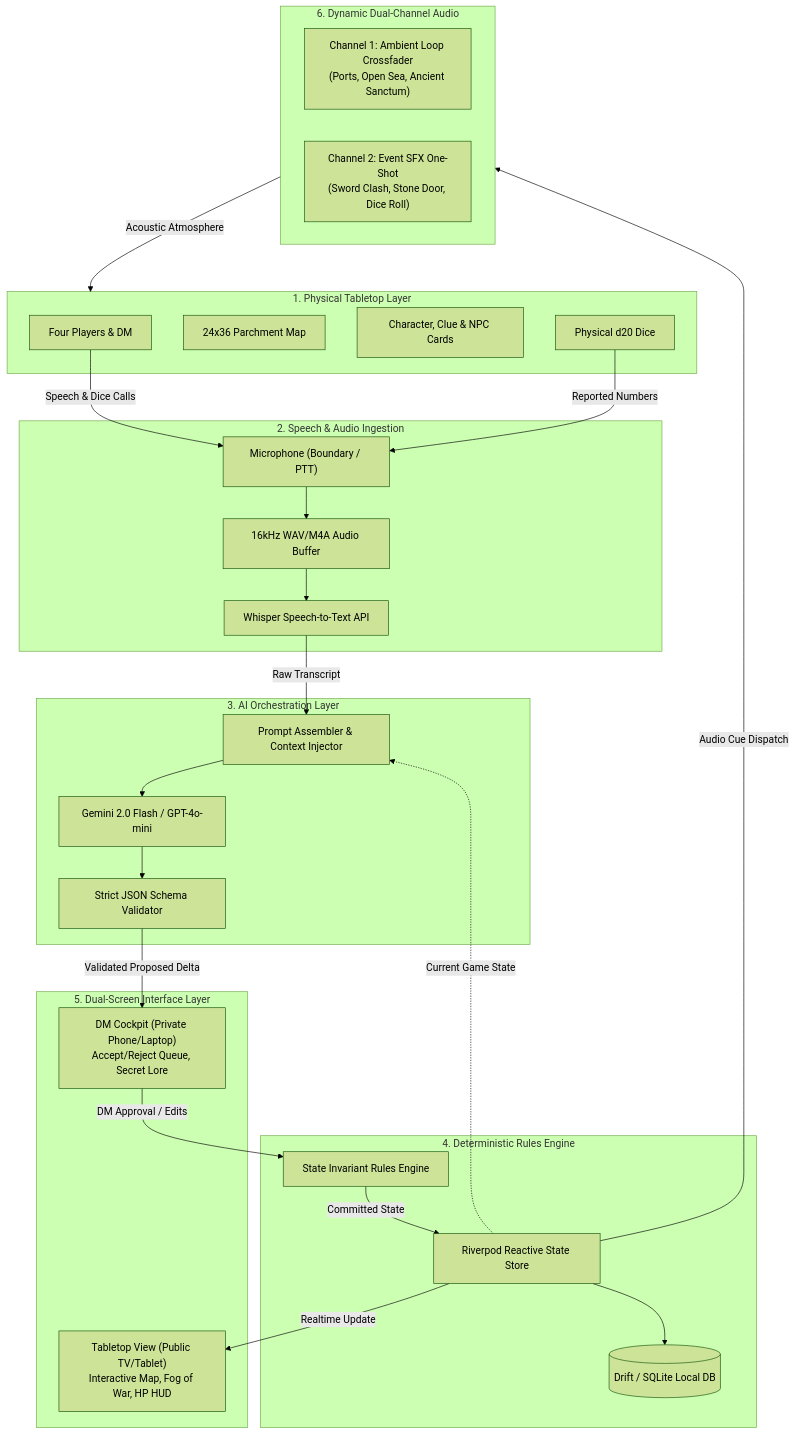
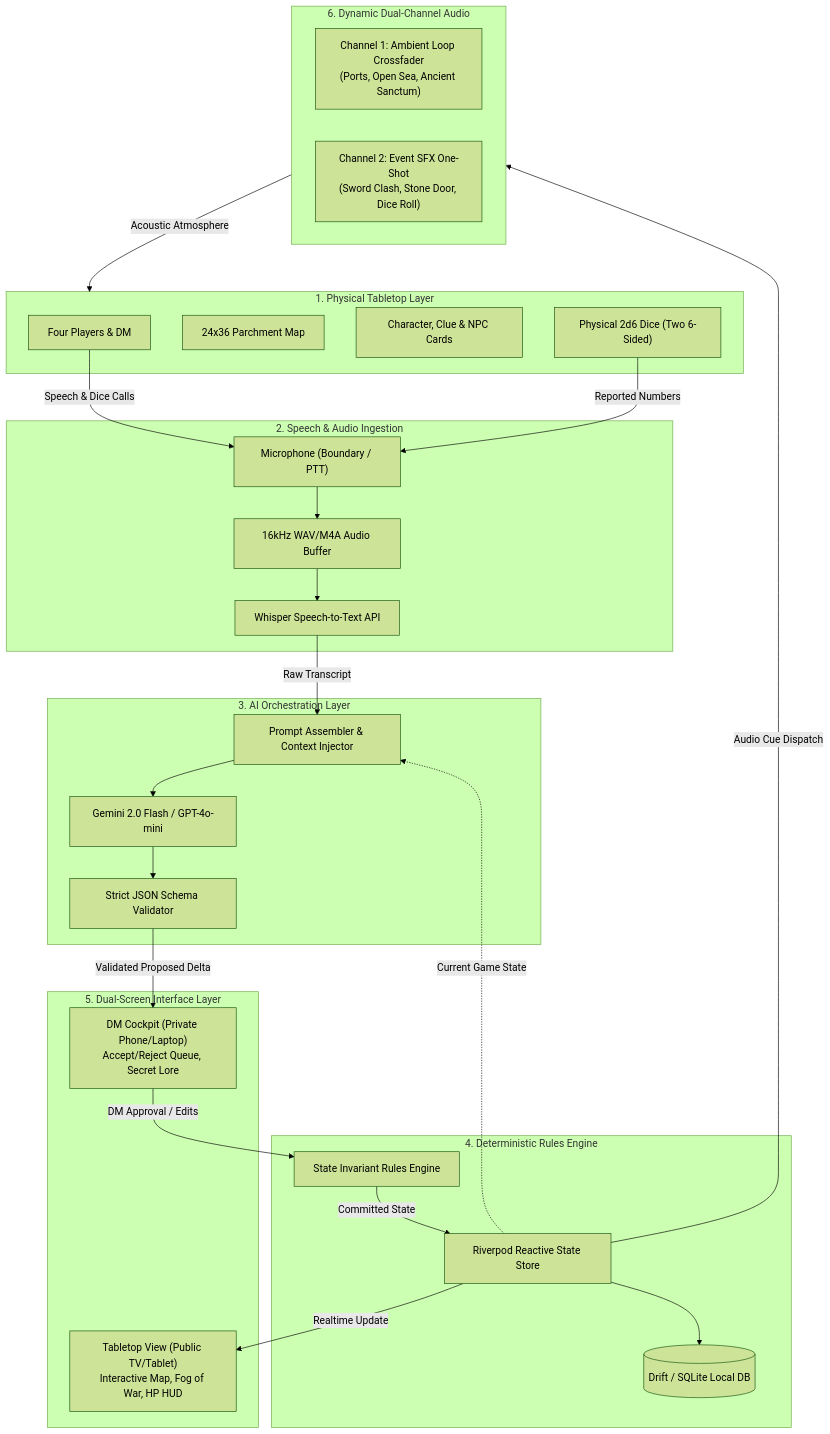
The first of 3 diagrams in docs/hld/HLD.md (aryanpatil-07/SutraDhar), drawn with Mermaid (forest theme) before and after one commit. The commit also changed 8 other files, not shown here.

````diff
--- a/docs/hld/HLD.md
+++ b/docs/hld/HLD.md
@@ -16,56 +16,56 @@
 ```mermaid
 flowchart TB
     subgraph Physical_Tabletop ["1. Physical Tabletop Layer"]
         Players["Four Players & DM"]
         Map["24x36 Parchment Map"]
         Cards["Character, Clue & NPC Cards"]
-        Dice["Physical d20 Dice"]
+        Dice["Physical 2d6 Dice (Two 6-Sided)"]
     end
 
     subgraph Audio_Ingestion ["2. Speech & Audio Ingestion"]
         Mic["Microphone (Boundary / PTT)"]
         AudioBuffer["16kHz WAV/M4A Audio Buffer"]
         WhisperSTT["Whisper Speech-to-Text API"]
     end
 
     subgraph AI_Semantic_Layer ["3. AI Orchestration Layer"]
         PromptEngine["Prompt Assembler & Context Injector"]
         LLM["Gemini 2.0 Flash / GPT-4o-mini"]
         JsonValidator["Strict JSON Schema Validator"]
     end
 
     subgraph Deterministic_Core ["4. Deterministic Rules Engine"]
         RulesEngine["State Invariant Rules Engine"]
         StateStore["Riverpod Reactive State Store"]
         DriftDB[("Drift / SQLite Local DB")]
     end
 
     subgraph Dual_Screen_UI ["5. Dual-Screen Interface Layer"]
         DMCockpit["DM Cockpit (Private Phone/Laptop)
 Accept/Reject Queue, Secret Lore"]
         TabletopView["Tabletop View (Public TV/Tablet)
 Interactive Map, Fog of War, HP HUD"]
     end
 
     subgraph Audio_Engine ["6. Dynamic Dual-Channel Audio"]
         AmbientPlayer["Channel 1: Ambient Loop Crossfader
 (Ports, Open Sea, Ancient Sanctum)"]
         SfxPlayer["Channel 2: Event SFX One-Shot
 (Sword Clash, Stone Door, Dice Roll)"]
     end
 
     %% Flows
     Players -->|Speech & Dice Calls| Mic
     Dice -->|Reported Numbers| Mic
     Mic --> AudioBuffer --> WhisperSTT
     WhisperSTT -->|Raw Transcript| PromptEngine
     StateStore -.->|Current Game State| PromptEngine
     PromptEngine --> LLM --> JsonValidator
     JsonValidator -->|Validated Proposed Delta| DMCockpit
     DMCockpit -->|DM Approval / Edits| RulesEngine
     RulesEngine -->|Committed State| StateStore
     StateStore --> DriftDB
     StateStore -->|Realtime Update| TabletopView
     StateStore -->|Audio Cue Dispatch| Audio_Engine
     Audio_Engine -->|Acoustic Atmosphere| Physical_Tabletop
 ```
````
